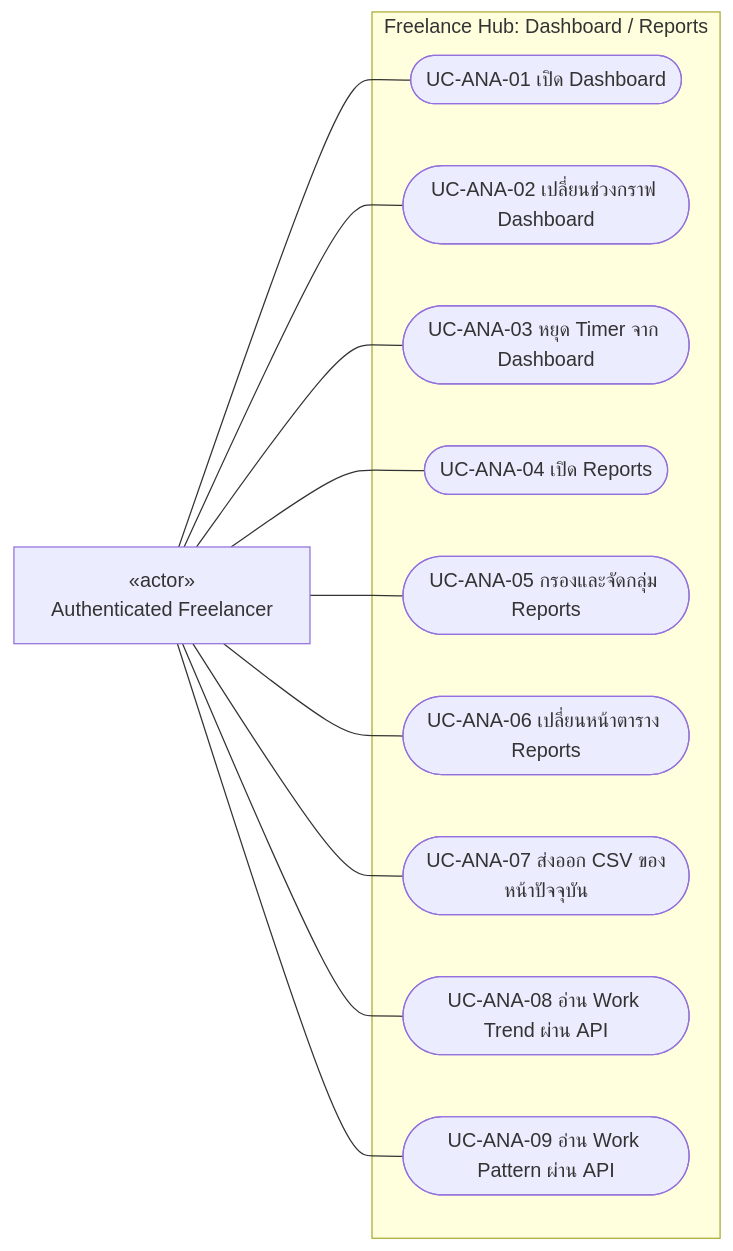
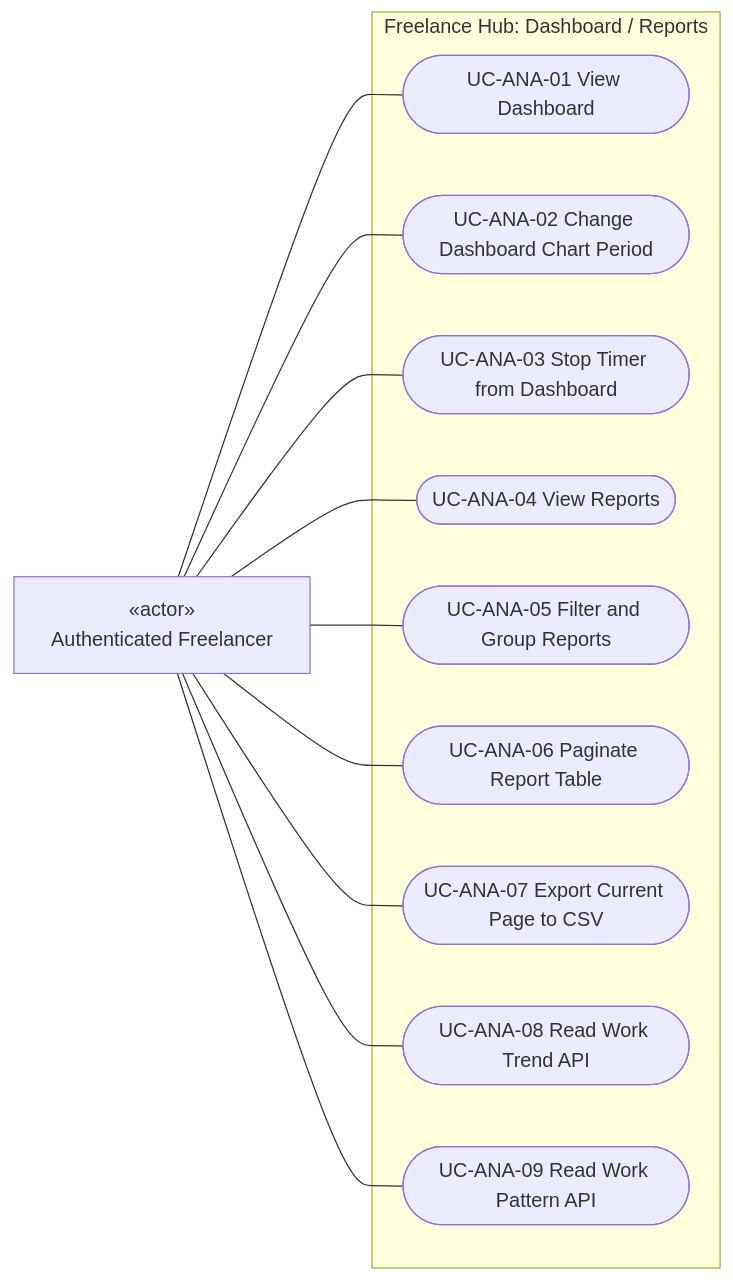
Before and after one commit to lillianxhub/freelance-hub: the fifth of 5 diagrams in doc/diagrams/use-case-diagram.md, drawn with Mermaid. The commit also changed other lines of this file and 18 other files, not shown here.

Commit message:
docs: sync project documentation, consolidate sequence diagrams and update deployment links

````diff
--- a/doc/diagrams/use-case-diagram.md
+++ b/doc/diagrams/use-case-diagram.md
@@ -141,24 +141,24 @@
 ```mermaid
 flowchart LR
     F["«actor»<br/>Authenticated Freelancer"]
     subgraph ANALYTICS["Freelance Hub: Dashboard / Reports"]
-        D1(["UC-ANA-01 เปิด Dashboard"])
-        D2(["UC-ANA-02 เปลี่ยนช่วงกราฟ Dashboard"])
-        D3(["UC-ANA-03 หยุด Timer จาก Dashboard"])
-        A1(["UC-ANA-04 เปิด Reports"])
-        A2(["UC-ANA-05 กรองและจัดกลุ่ม Reports"])
-        A3(["UC-ANA-06 เปลี่ยนหน้าตาราง Reports"])
-        A4(["UC-ANA-07 ส่งออก CSV ของหน้าปัจจุบัน"])
-        A5(["UC-ANA-08 อ่าน Work Trend ผ่าน API"])
-        A6(["UC-ANA-09 อ่าน Work Pattern ผ่าน API"])
+        D1(["UC-ANA-01 View Dashboard"])
+        D2(["UC-ANA-02 Change Dashboard Chart Period"])
+        D3(["UC-ANA-03 Stop Timer from Dashboard"])
+        A1(["UC-ANA-04 View Reports"])
+        A2(["UC-ANA-05 Filter and Group Reports"])
+        A3(["UC-ANA-06 Paginate Report Table"])
+        A4(["UC-ANA-07 Export Current Page to CSV"])
+        A5(["UC-ANA-08 Read Work Trend API"])
+        A6(["UC-ANA-09 Read Work Pattern API"])
     end
     F --- D1
     F --- D2
     F --- D3
     F --- A1
     F --- A2
     F --- A3
     F --- A4
     F --- A5
     F --- A6
 ```
````
